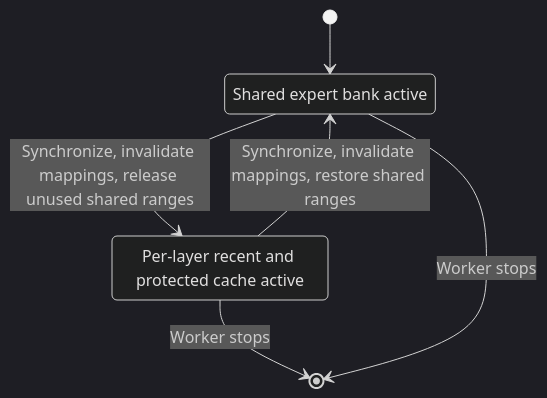
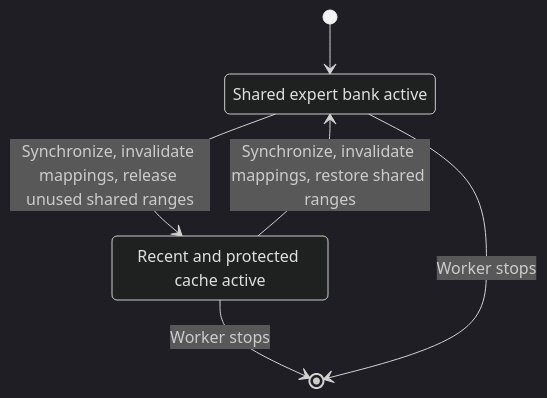
Before and after one commit to davide-troiani/moeshift: the third of 3 diagrams in docs/architecture.md, drawn with Mermaid (dark theme). The commit also changed other lines of this file and 41 other files, not shown here.

````diff
--- a/docs/architecture.md
+++ b/docs/architecture.md
@@ -229,10 +242,10 @@
 ```mermaid
 stateDiagram-v2
     [*] --> Prefill
     Prefill: Shared expert bank active
-    Decode: Per-layer recent and protected cache active
+    Decode: Recent and protected cache active
     Prefill --> Decode: Synchronize, invalidate mappings, release unused shared ranges
     Decode --> Prefill: Synchronize, invalidate mappings, restore shared ranges
     Decode --> [*]: Worker stops
     Prefill --> [*]: Worker stops
 ```
````
